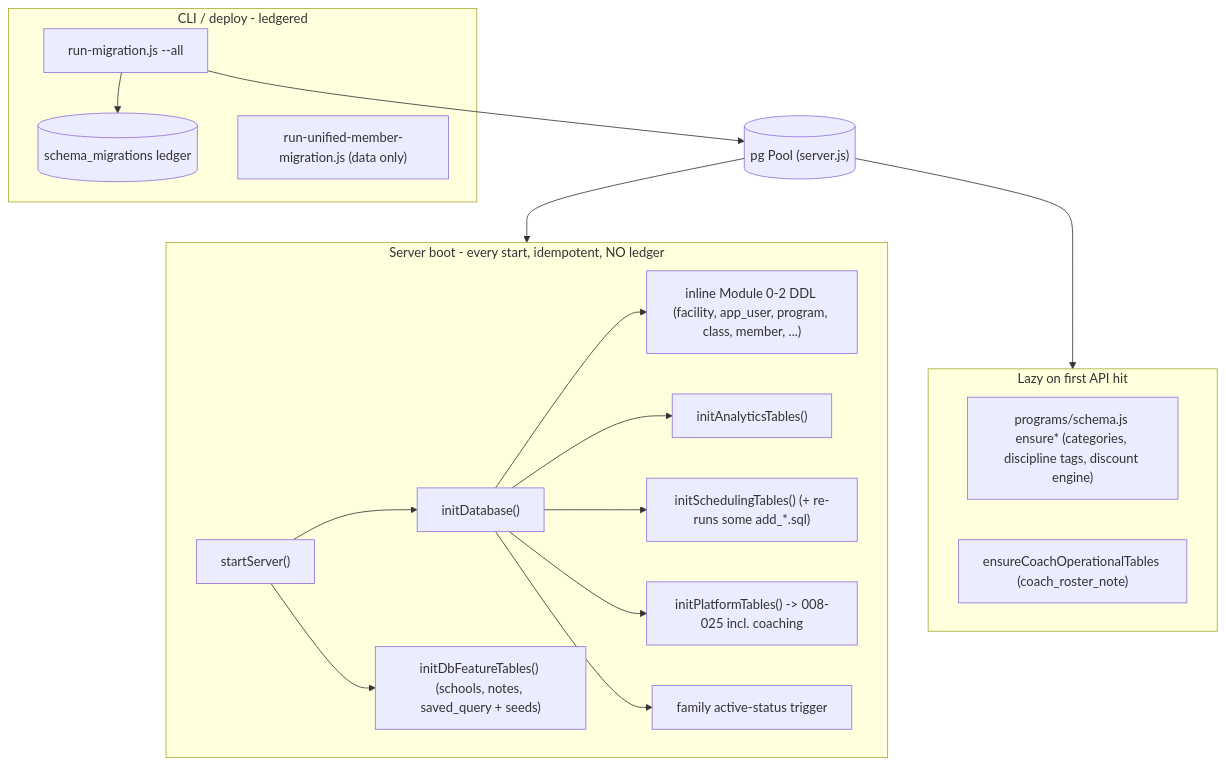
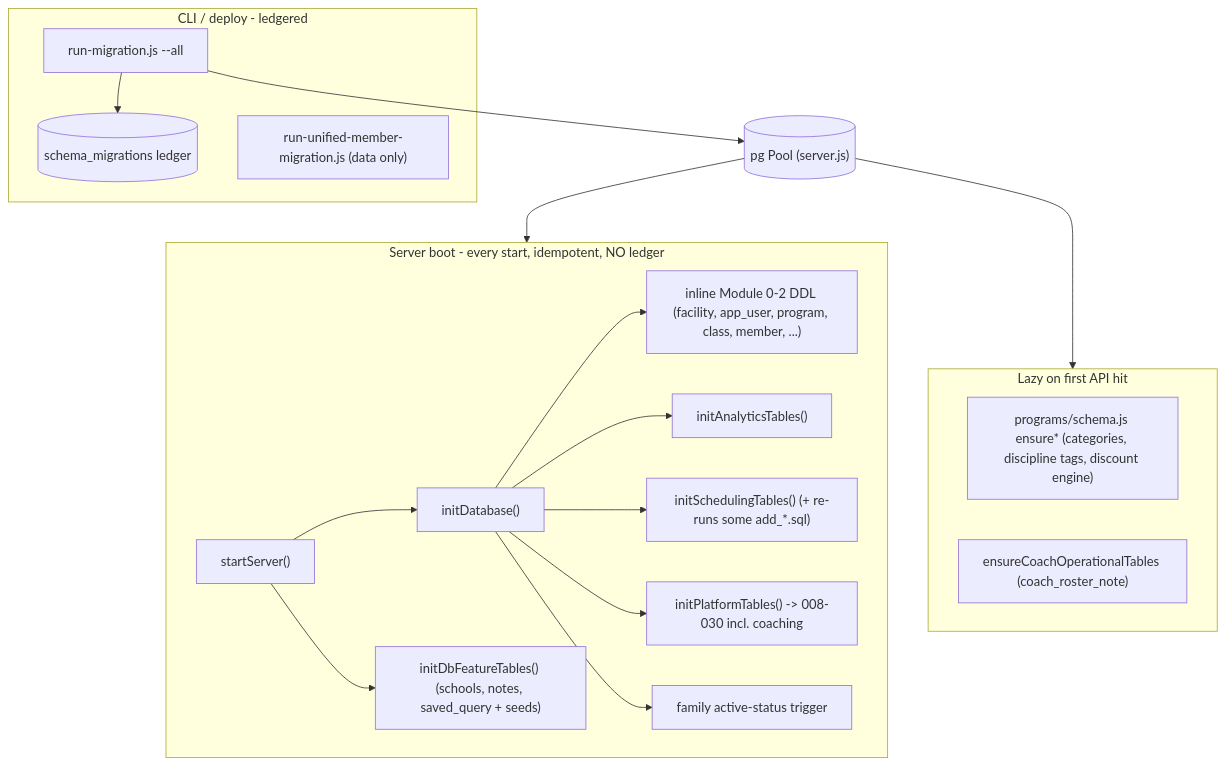
The first of 2 diagrams in docs/DATABASE_ARCHITECTURE.md (JimmyJr77/vortex), drawn with Mermaid before and after one commit. The commit also changed other lines of this file and 2 other files, not shown here.

````diff
--- a/docs/DATABASE_ARCHITECTURE.md
+++ b/docs/DATABASE_ARCHITECTURE.md
@@ -59,25 +59,25 @@
 ```mermaid
 flowchart TB
   pool[("pg Pool (server.js)")]
   subgraph boot [Server boot - every start, idempotent, NO ledger]
     A["initDatabase()"]
     A --> A1["inline Module 0-2 DDL (facility, app_user, program, class, member, ...)"]
     A --> A2["initAnalyticsTables()"]
     A --> A3["initSchedulingTables() (+ re-runs some add_*.sql)"]
-    A --> A4["initPlatformTables() -> 008-025 incl. coaching"]
+    A --> A4["initPlatformTables() -> 008-030 incl. coaching"]
     A --> A5["family active-status trigger"]
     SS["startServer()"] --> A
     SS --> H["initDbFeatureTables() (schools, notes, saved_query + seeds)"]
   end
   subgraph cli [CLI / deploy - ledgered]
     M["run-migration.js --all"] --> L[("schema_migrations ledger")]
     U["run-unified-member-migration.js (data only)"]
   end
   subgraph lazy [Lazy on first API hit]
     P1["programs/schema.js ensure* (categories, discipline tags, discount engine)"]
     P2["ensureCoachOperationalTables (coach_roster_note)"]
   end
   pool --> boot
   pool --> lazy
   M --> pool
 ```
````
